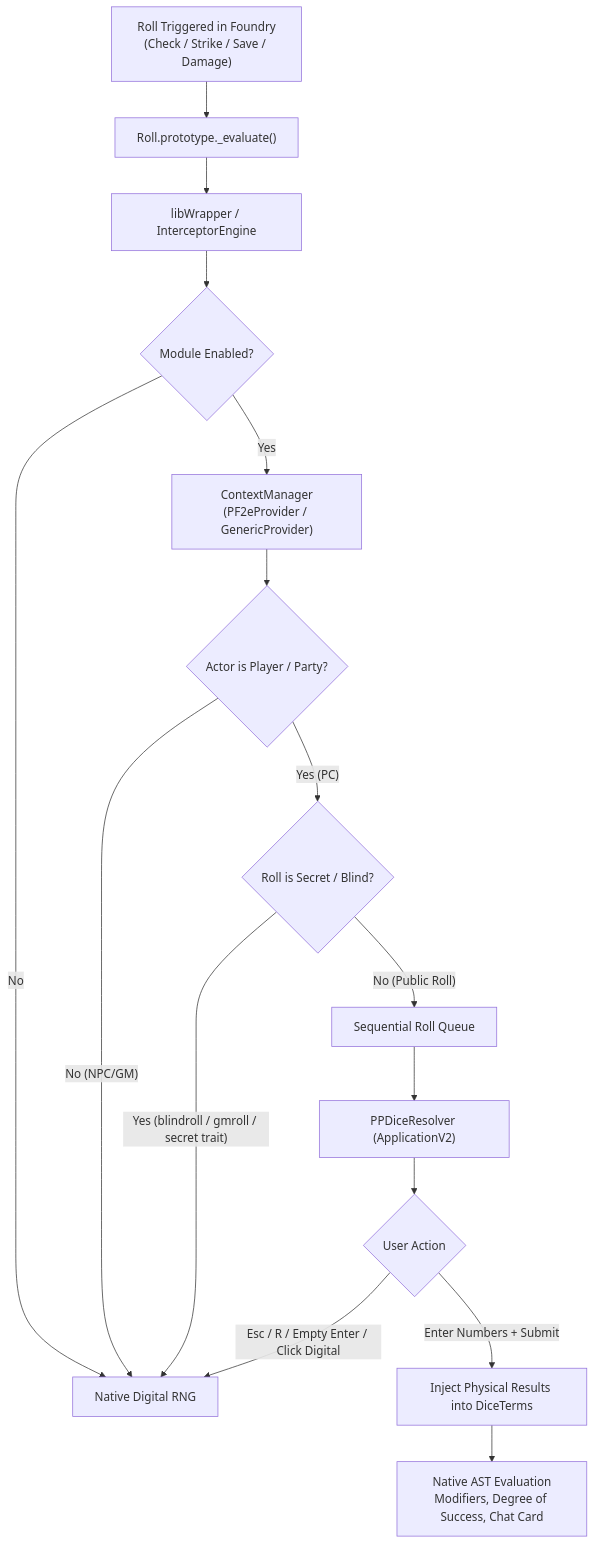
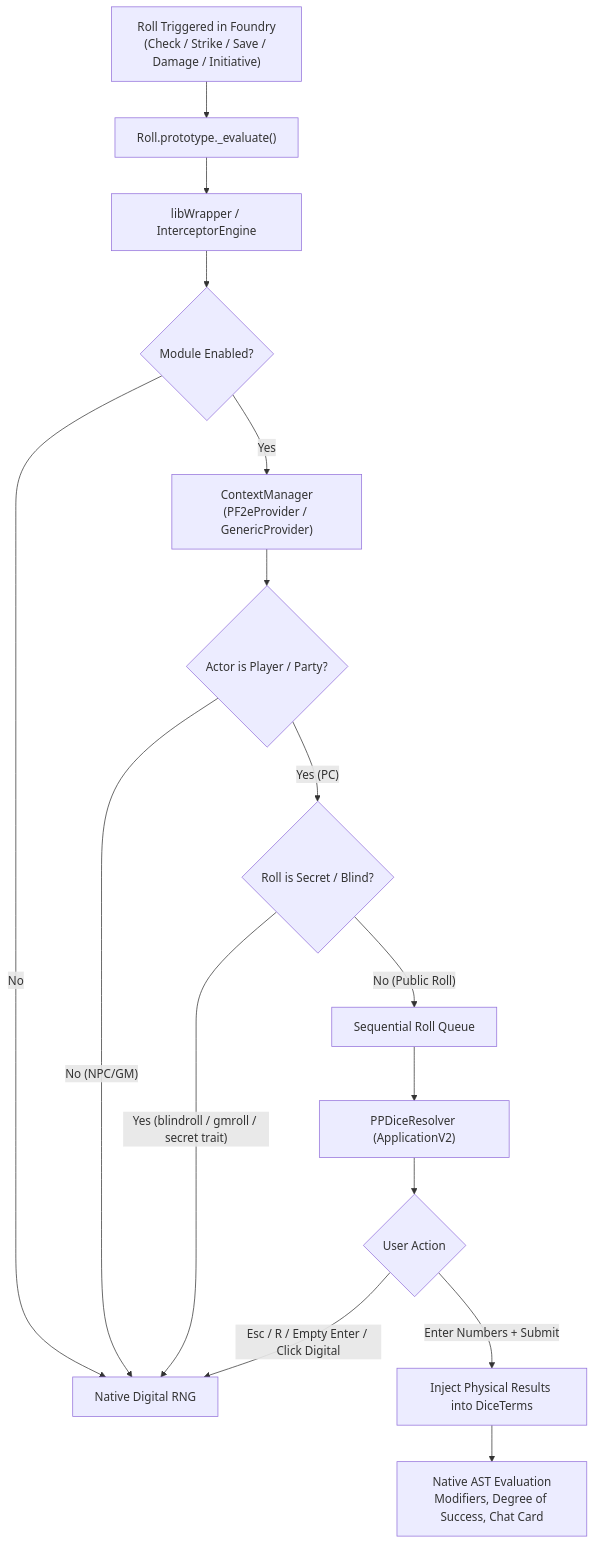
The diagram in docs/design/architecture.md (ynsta/pp-dice), drawn with Mermaid before and after one commit. The commit also changed other lines of this file and 4 other files, not shown here.

Commit message:
docs: consolidate architecture documentation, update codemap, and clear transient plans

````diff
--- a/docs/design/architecture.md
+++ b/docs/design/architecture.md
@@ -7,18 +7,18 @@
 ```mermaid
 flowchart TD
-    Trigger["Roll Triggered in Foundry\n(Check / Strike / Save / Damage)"] --> Eval["Roll.prototype._evaluate()"]
+    Trigger["Roll Triggered in Foundry\n(Check / Strike / Save / Damage / Initiative)"] --> Eval["Roll.prototype._evaluate()"]
     Eval --> Hook["libWrapper / InterceptorEngine"]
     Hook --> CheckActive{"Module Enabled?"}
     CheckActive -- No --> RNG["Native Digital RNG"]
     CheckActive -- Yes --> Ctx["ContextManager\n(PF2eProvider / GenericProvider)"]
     Ctx --> CheckPlayer{"Actor is Player / Party?"}
     CheckPlayer -- "No (NPC/GM)" --> RNG
     CheckPlayer -- "Yes (PC)" --> CheckSecret{"Roll is Secret / Blind?"}
     CheckSecret -- "Yes (blindroll / gmroll / secret trait)" --> RNG
     CheckSecret -- "No (Public Roll)" --> Queue["Sequential Roll Queue"]
     Queue --> Resolver["PPDiceResolver (ApplicationV2)"]
     Resolver --> Choice{"User Action"}
     Choice -- "Enter Numbers + Submit" --> Inject["Inject Physical Results into DiceTerms"]
     Choice -- "Esc / R / Empty Enter / Click Digital" --> RNG
     Inject --> Finalize["Native AST Evaluation\nModifiers, Degree of Success, Chat Card"]
 ```
````
